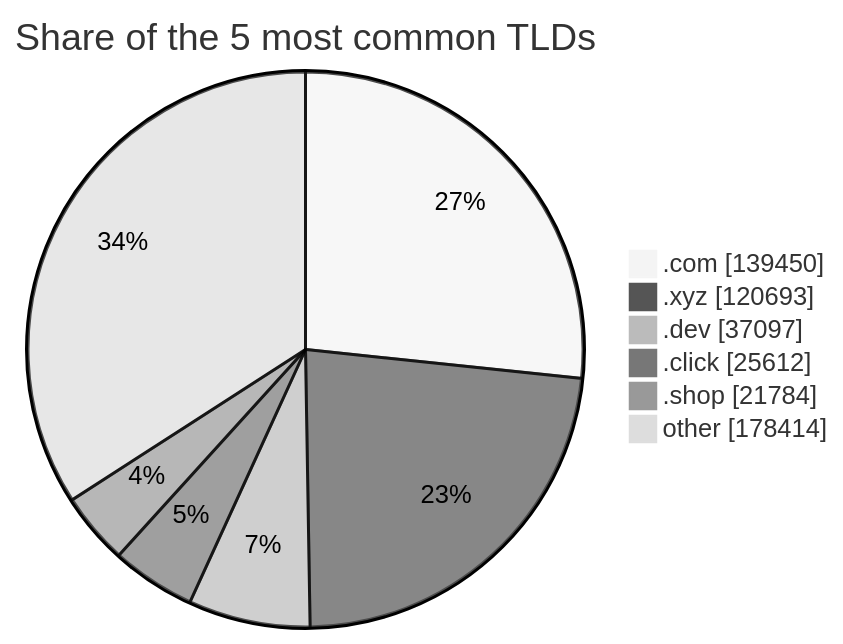
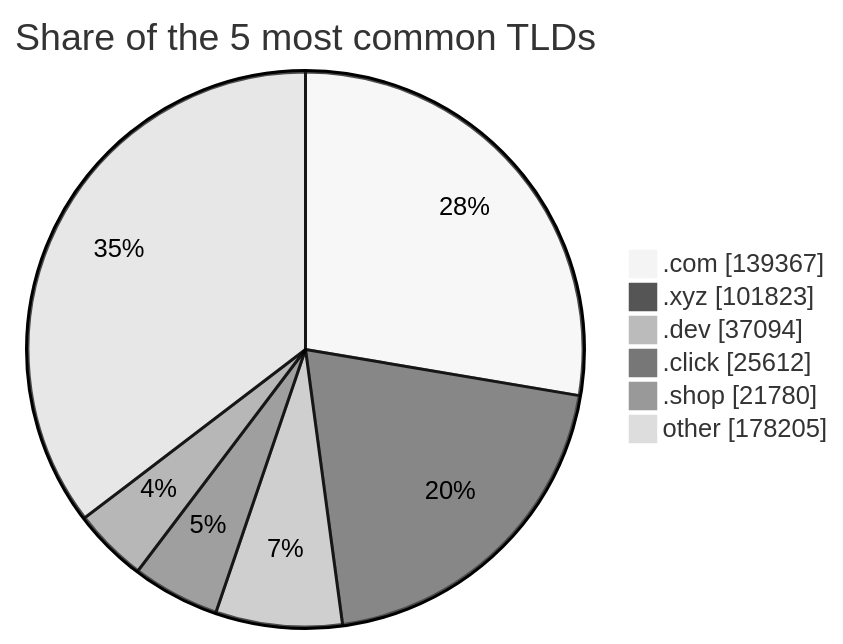
Before and after one commit to DNSBunker/CTI: the third of 3 diagrams in README.md, drawn with Mermaid (neutral theme). The commit also changed other lines of this file and 3 other files, not shown here.

````diff
--- a/README.md
+++ b/README.md
@@ -81,9 +81,9 @@
 ```mermaid
 pie showData title Share of the 5 most common TLDs
-    ".com" : 139450
-    ".xyz" : 120693
-    ".dev" : 37097
+    ".com" : 139367
+    ".xyz" : 101823
+    ".dev" : 37094
     ".click" : 25612
-    ".shop" : 21784
-    "other" : 178414
+    ".shop" : 21780
+    "other" : 178205
 ```
````
